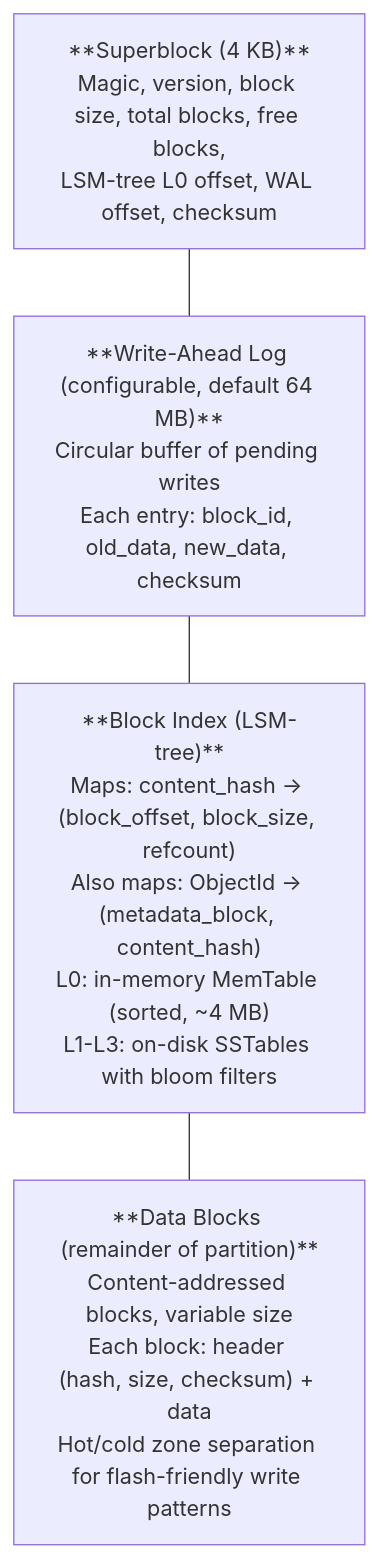
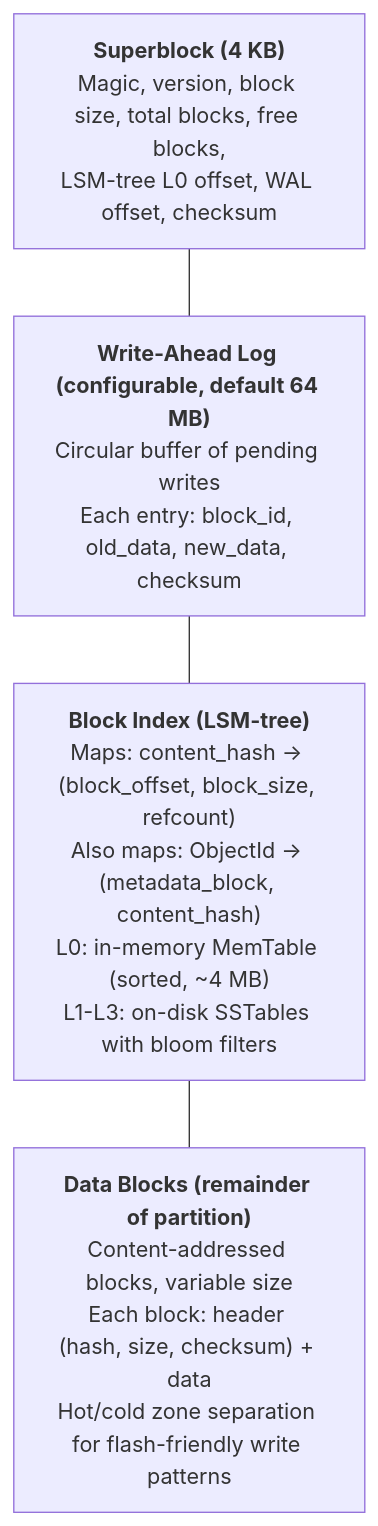
One commit to juslee/aios changed the second of 4 diagrams in docs/storage/spaces.md. Above: the diagram before and after it, drawn with Mermaid. The commit also changed other lines of this file and 24 other files, not shown here.

First line of the commit message:
Upgrade all 132 Mermaid diagrams to v11 syntax across 25 docs

````diff
--- a/docs/storage/spaces.md
+++ b/docs/storage/spaces.md
@@ -496,9 +519,20 @@
 ```mermaid
-graph TD
-    SB["**Superblock (4 KB)**<br/>Magic, version, block size, total blocks, free blocks,<br/>LSM-tree L0 offset, WAL offset, checksum"]
-    WAL["**Write-Ahead Log (configurable, default 64 MB)**<br/>Circular buffer of pending writes<br/>Each entry: block_id, old_data, new_data, checksum"]
-    BI["**Block Index (LSM-tree)**<br/>Maps: content_hash → (block_offset, block_size, refcount)<br/>Also maps: ObjectId → (metadata_block, content_hash)<br/>L0: in-memory MemTable (sorted, ~4 MB)<br/>L1-L3: on-disk SSTables with bloom filters"]
-    DB["**Data Blocks (remainder of partition)**<br/>Content-addressed blocks, variable size<br/>Each block: header (hash, size, checksum) + data<br/>Hot/cold zone separation for flash-friendly write patterns"]
+flowchart TD
+    SB["`**Superblock (4 KB)**
+Magic, version, block size, total blocks, free blocks,
+LSM-tree L0 offset, WAL offset, checksum`"]
+    WAL["`**Write-Ahead Log (configurable, default 64 MB)**
+Circular buffer of pending writes
+Each entry: block_id, old_data, new_data, checksum`"]
+    BI["`**Block Index (LSM-tree)**
+Maps: content_hash → (block_offset, block_size, refcount)
+Also maps: ObjectId → (metadata_block, content_hash)
+L0: in-memory MemTable (sorted, ~4 MB)
+L1-L3: on-disk SSTables with bloom filters`"]
+    DB["`**Data Blocks (remainder of partition)**
+Content-addressed blocks, variable size
+Each block: header (hash, size, checksum) + data
+Hot/cold zone separation for flash-friendly write patterns`"]
 
     SB --- WAL --- BI --- DB
 ```
````
